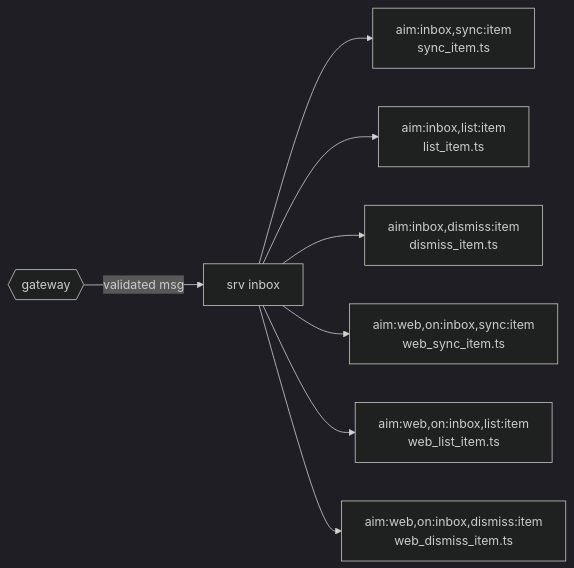
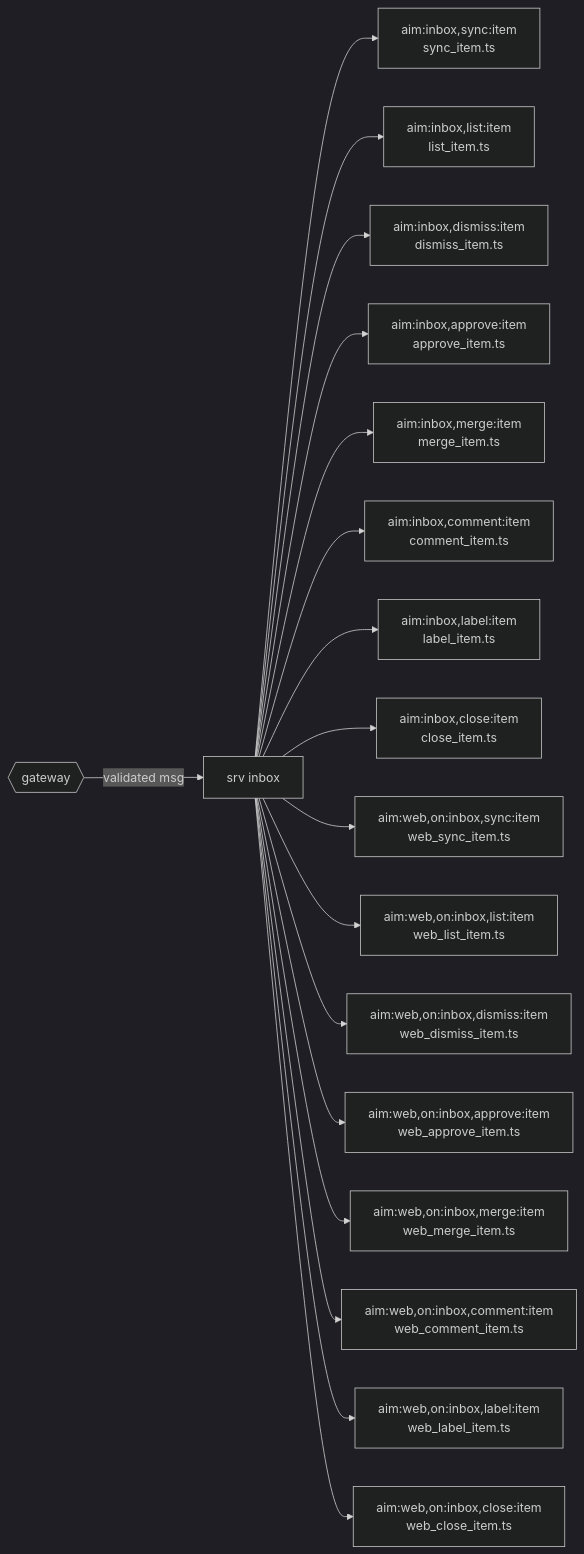
One commit to voxgig/repo-manager changed the diagram in backend/src/srv/inbox/README.md. Above: the diagram before and after it, drawn with Mermaid (dark theme). The commit also changed other lines of this file and 15 other files, not shown here.

First line of the commit message:
srv/inbox: translate item intents into forge messages (SPEC §13.2)

````diff
--- a/backend/src/srv/inbox/README.md
+++ b/backend/src/srv/inbox/README.md
@@ -21,10 +31,20 @@
 ```mermaid
 flowchart LR
   gateway{{gateway}} -->|validated msg| srv[srv inbox]
   srv --> sync_item["aim:inbox,sync:item<br>sync_item.ts"]
   srv --> list_item["aim:inbox,list:item<br>list_item.ts"]
   srv --> dismiss_item["aim:inbox,dismiss:item<br>dismiss_item.ts"]
+  srv --> approve_item["aim:inbox,approve:item<br>approve_item.ts"]
+  srv --> merge_item["aim:inbox,merge:item<br>merge_item.ts"]
+  srv --> comment_item["aim:inbox,comment:item<br>comment_item.ts"]
+  srv --> label_item["aim:inbox,label:item<br>label_item.ts"]
+  srv --> close_item["aim:inbox,close:item<br>close_item.ts"]
   srv --> web_sync_item["aim:web,on:inbox,sync:item<br>web_sync_item.ts"]
   srv --> web_list_item["aim:web,on:inbox,list:item<br>web_list_item.ts"]
   srv --> web_dismiss_item["aim:web,on:inbox,dismiss:item<br>web_dismiss_item.ts"]
+  srv --> web_approve_item["aim:web,on:inbox,approve:item<br>web_approve_item.ts"]
+  srv --> web_merge_item["aim:web,on:inbox,merge:item<br>web_merge_item.ts"]
+  srv --> web_comment_item["aim:web,on:inbox,comment:item<br>web_comment_item.ts"]
+  srv --> web_label_item["aim:web,on:inbox,label:item<br>web_label_item.ts"]
+  srv --> web_close_item["aim:web,on:inbox,close:item<br>web_close_item.ts"]
 ```
````
